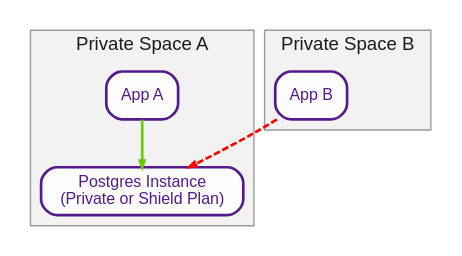
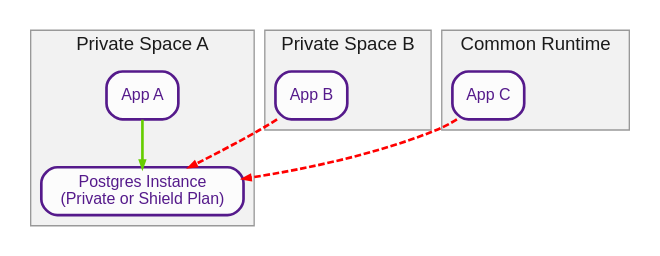
The sixth of 6 diagrams in README.md (caseywatts/graphviz-tutorial), drawn with Graphviz before and after one commit. The commit also changed other lines of this file and 2 other files, not shown here.

Commit message:
integrate next step into this one

````diff
--- a/README.md
+++ b/README.md
@@ -137,21 +137,26 @@
 ```dot
 digraph G {
     ///// start Heroku styles
     graph [fontname="helvetica",fontsize=14,splines=true,pad=0.1,compound=true,color="grey60",fontcolor="grey10",fillcolor=grey95,style="filled"];
     node [fontname="helvetica",fontsize=12,color=purple4,shape=box,style="rounded, filled",fontcolor=purple4,fillcolor=grey99,penwidth=2];
     edge [fontname="helvetica",color=grey35,fontcolor=black,arrowhead="normal",penwidth=2,arrowsize=0.5];
     ///// end Heroku styles
 
     subgraph cluster1 {
       label="Private Space A"
       "App A"
       "Postgres Instance\n(Private or Shield Plan)"
     }
     subgraph cluster2 {
       label="Private Space B"
       "App B"
     }
+    subgraph cluster3 {
+      label="Common Runtime"
+      "App C"
+    }
     "App A" -> "Postgres Instance\n(Private or Shield Plan)" [color=chartreuse3]
     "App B" -> "Postgres Instance\n(Private or Shield Plan)" [color=red, style=dashed]
+    "App C" -> "Postgres Instance\n(Private or Shield Plan)" [color=red, style=dashed]
 }
 ```
````
